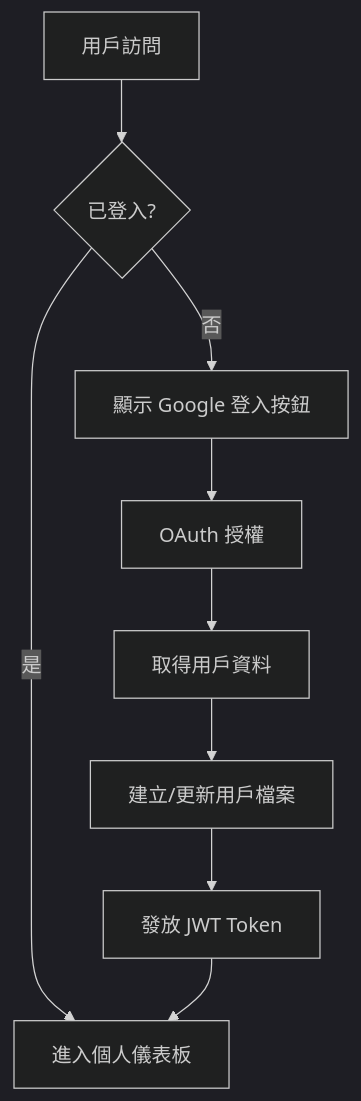
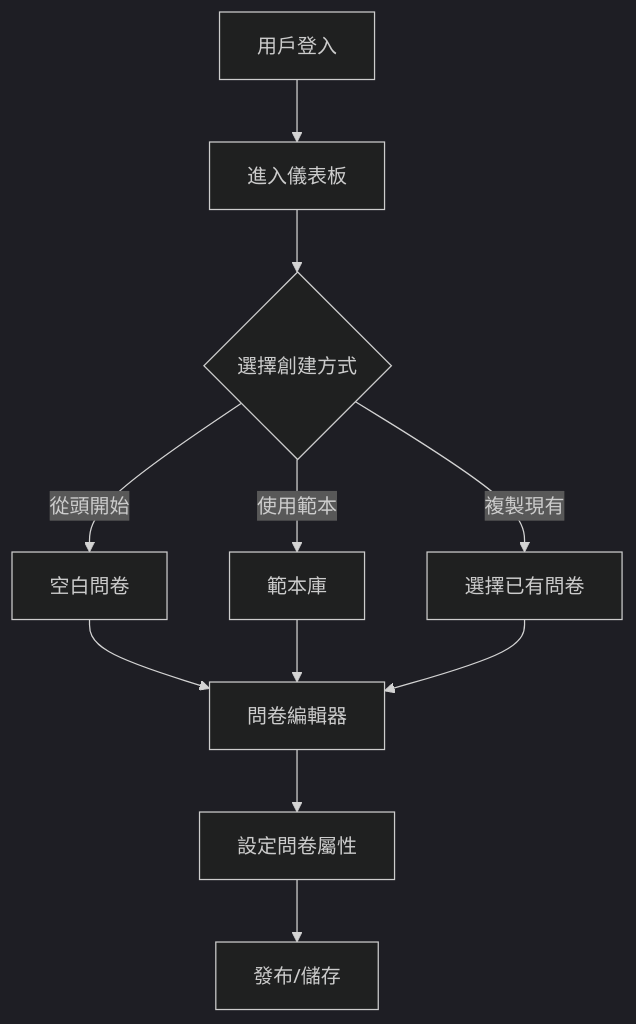
One commit to Jeffrey0117/Qter changed the first of 3 diagrams in roo/prd.md. Above: the diagram before and after it, drawn with Mermaid (dark theme). The commit also changed other lines of this file, not shown here.

````diff
--- a/roo/prd.md
+++ b/roo/prd.md
@@ -21,11 +18,13 @@
 ```mermaid
 flowchart TD
-    A[用戶訪問] --> B{已登入?}
-    B -->|否| C[顯示 Google 登入按鈕]
-    C --> D[OAuth 授權]
-    D --> E[取得用戶資料]
-    E --> F[建立/更新用戶檔案]
-    F --> G[發放 JWT Token]
-    B -->|是| H[進入個人儀表板]
-    G --> H
+    A[用戶登入] --> B[進入儀表板]
+    B --> C{選擇創建方式}
+    C -->|從頭開始| D[空白問卷]
+    C -->|使用範本| E[範本庫]
+    C -->|複製現有| F[選擇已有問卷]
+    D --> G[問卷編輯器]
+    E --> G
+    F --> G
+    G --> H[設定問卷屬性]
+    H --> I[發布/儲存]
 ```
````
